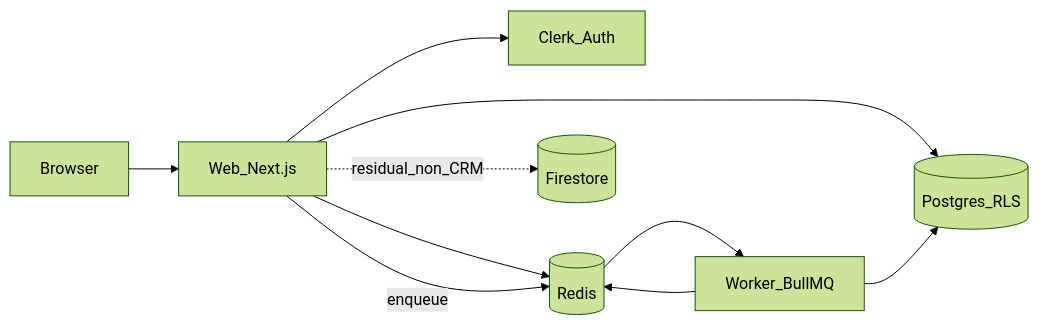
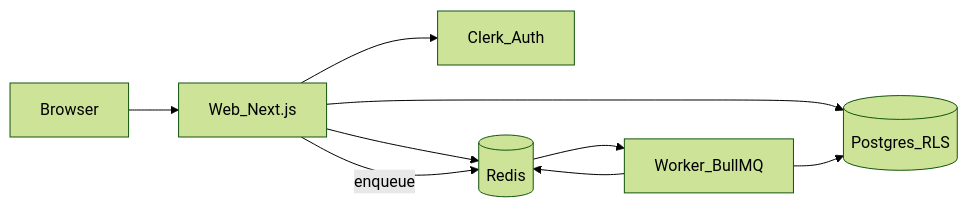
One commit to PrimeCode-LLC/nova-crm changed the diagram in README.md. Above: the diagram before and after it, drawn with Mermaid (forest theme). The commit also changed other lines of this file, not shown here.

First line of the commit message:
Update README to clarify architecture and deployment instructions for Firebase-free setup.

````diff
--- a/README.md
+++ b/README.md
@@ -16,12 +16,11 @@
 ```mermaid
 flowchart LR
   browser[Browser] --> web[Web_Next.js]
   web --> clerk[Clerk_Auth]
   web --> pg[(Postgres_RLS)]
   web --> redis[(Redis)]
   web -->|enqueue| redis
   redis --> worker[Worker_BullMQ]
   worker --> pg
   worker --> redis
-  web -.->|residual_non_CRM| fs[(Firestore)]
 ```
````
